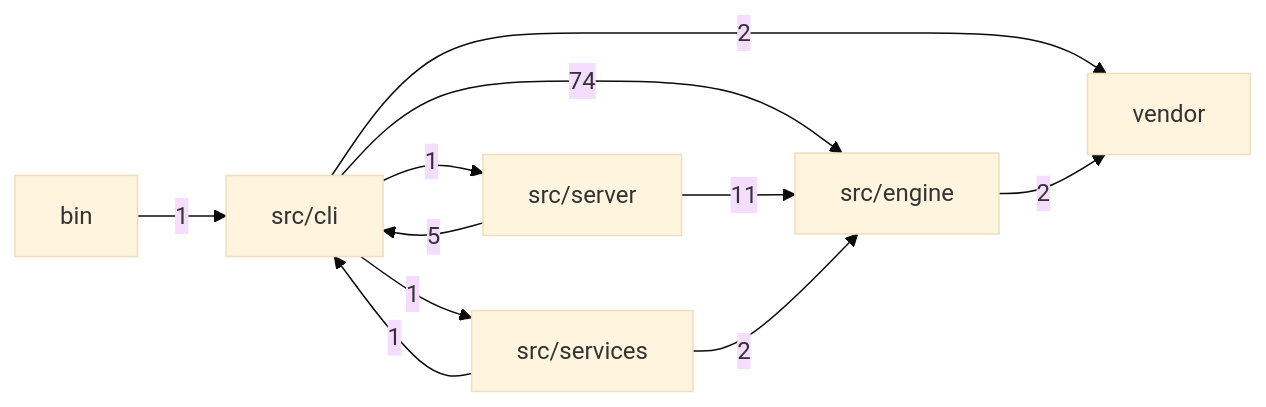
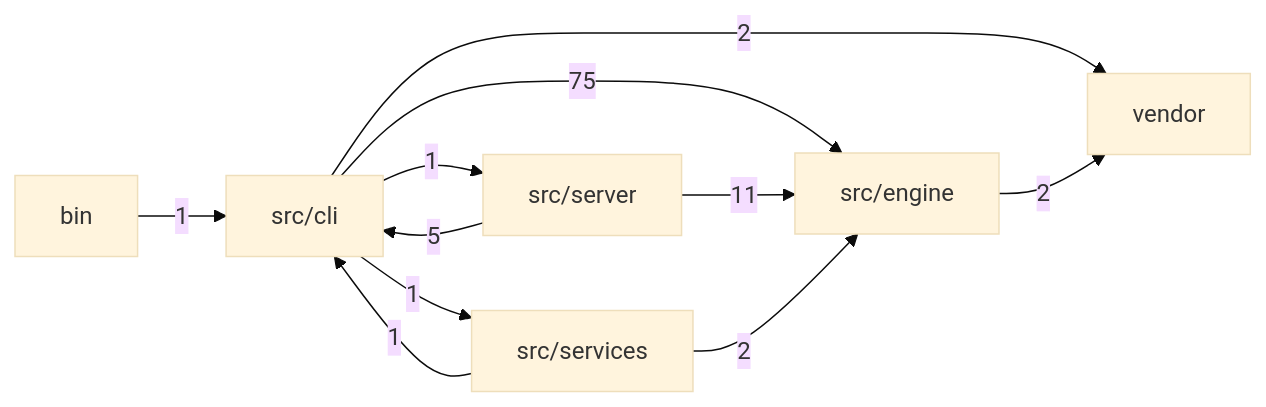
The first of 2 diagrams in docs/MODULES.md (mgillr/memev), drawn with Mermaid (base theme) before and after one commit. The commit also changed other lines of this file and 7 other files, not shown here.

````diff
--- a/docs/MODULES.md
+++ b/docs/MODULES.md
@@ -11,19 +11,19 @@
 ```mermaid
 flowchart LR
   bin["bin"]
   cli["src/cli"]
   engine["src/engine"]
   server["src/server"]
   services["src/services"]
   vendor["vendor"]
   bin -->|"1"| cli
-  cli -->|"74"| engine
+  cli -->|"75"| engine
   cli -->|"1"| server
   cli -->|"1"| services
   cli -->|"2"| vendor
   engine -->|"2"| vendor
   server -->|"5"| cli
   server -->|"11"| engine
   services -->|"1"| cli
   services -->|"2"| engine
 ```
````
